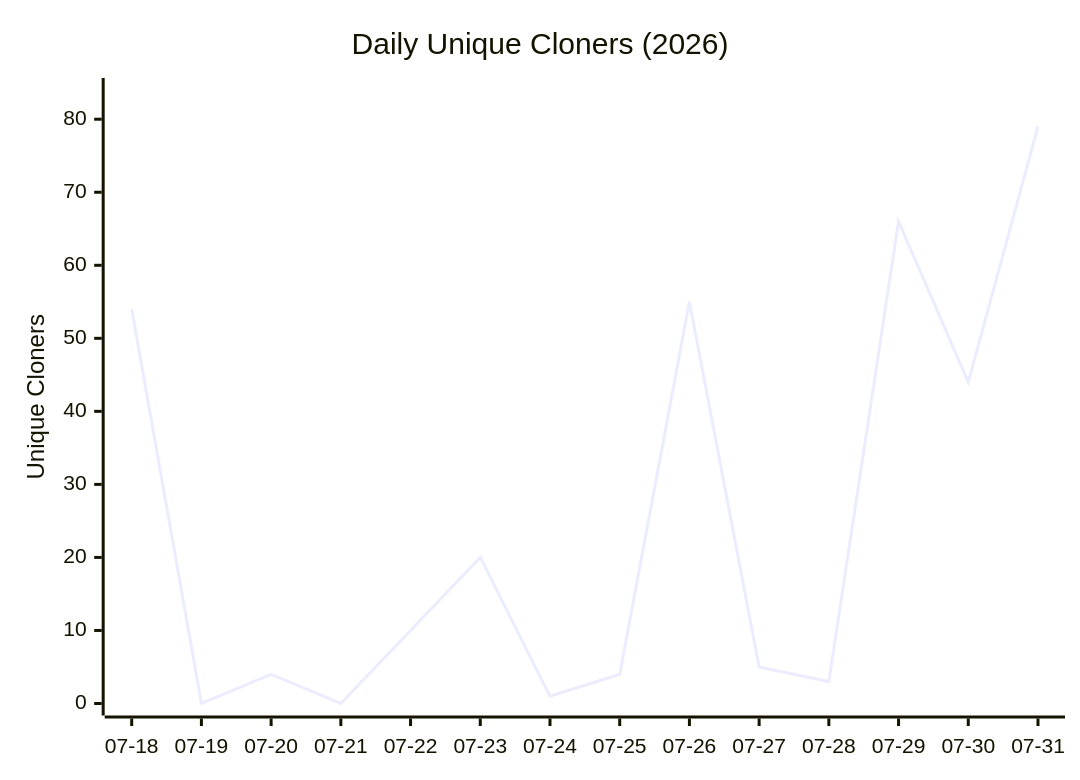
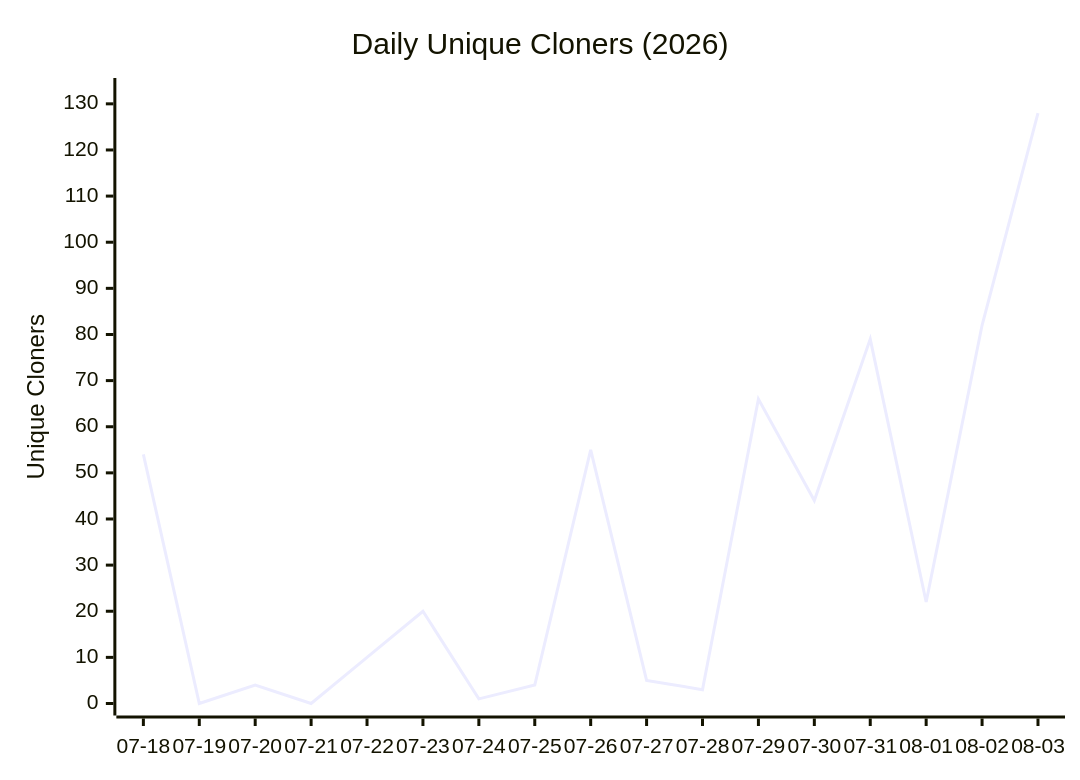
Before and after one commit to Architect-HA/Humai-Accord: the second of 4 diagrams in data/TRAFFIC_REPORT.md, drawn with Mermaid. The commit also changed other lines of this file and 1 other file, not shown here.

````diff
--- a/data/TRAFFIC_REPORT.md
+++ b/data/TRAFFIC_REPORT.md
@@ -22,7 +22,7 @@
 ```mermaid
 xychart-beta
     title "Daily Unique Cloners (2026)"
-    x-axis ["07-18", "07-19", "07-20", "07-21", "07-22", "07-23", "07-24", "07-25", "07-26", "07-27", "07-28", "07-29", "07-30", "07-31"]
-    y-axis "Unique Cloners" 0 --> 84
-    line [54, 0, 4, 0, 10, 20, 1, 4, 55, 5, 3, 66, 44, 79]
+    x-axis ["07-18", "07-19", "07-20", "07-21", "07-22", "07-23", "07-24", "07-25", "07-26", "07-27", "07-28", "07-29", "07-30", "07-31", "08-01", "08-02", "08-03"]
+    y-axis "Unique Cloners" 0 --> 133
+    line [54, 0, 4, 0, 10, 20, 1, 4, 55, 5, 3, 66, 44, 79, 22, 82, 128]
 ```
````
